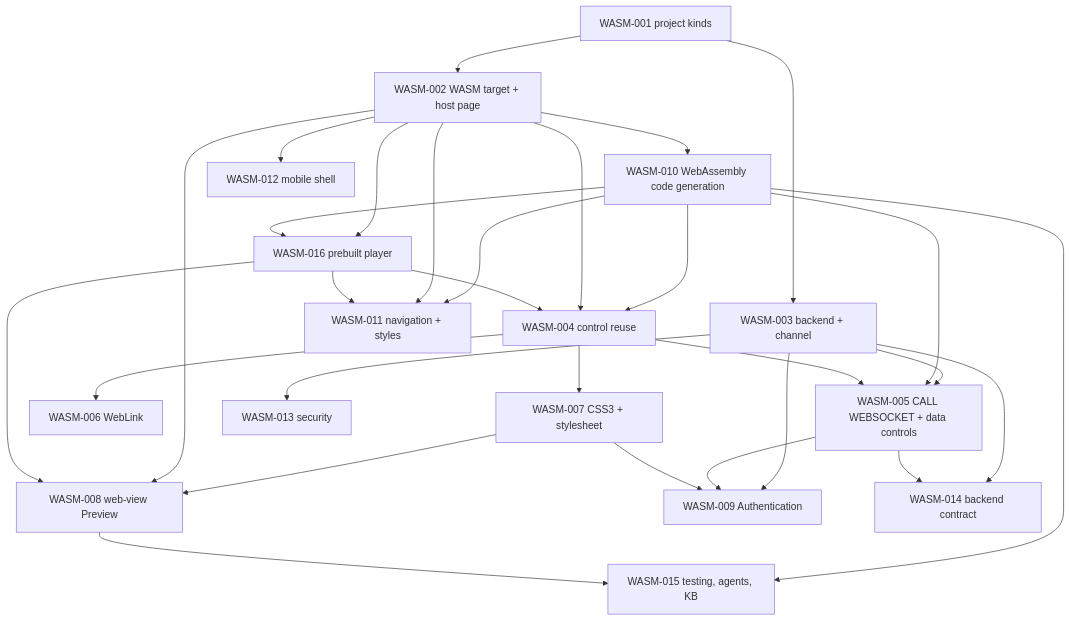
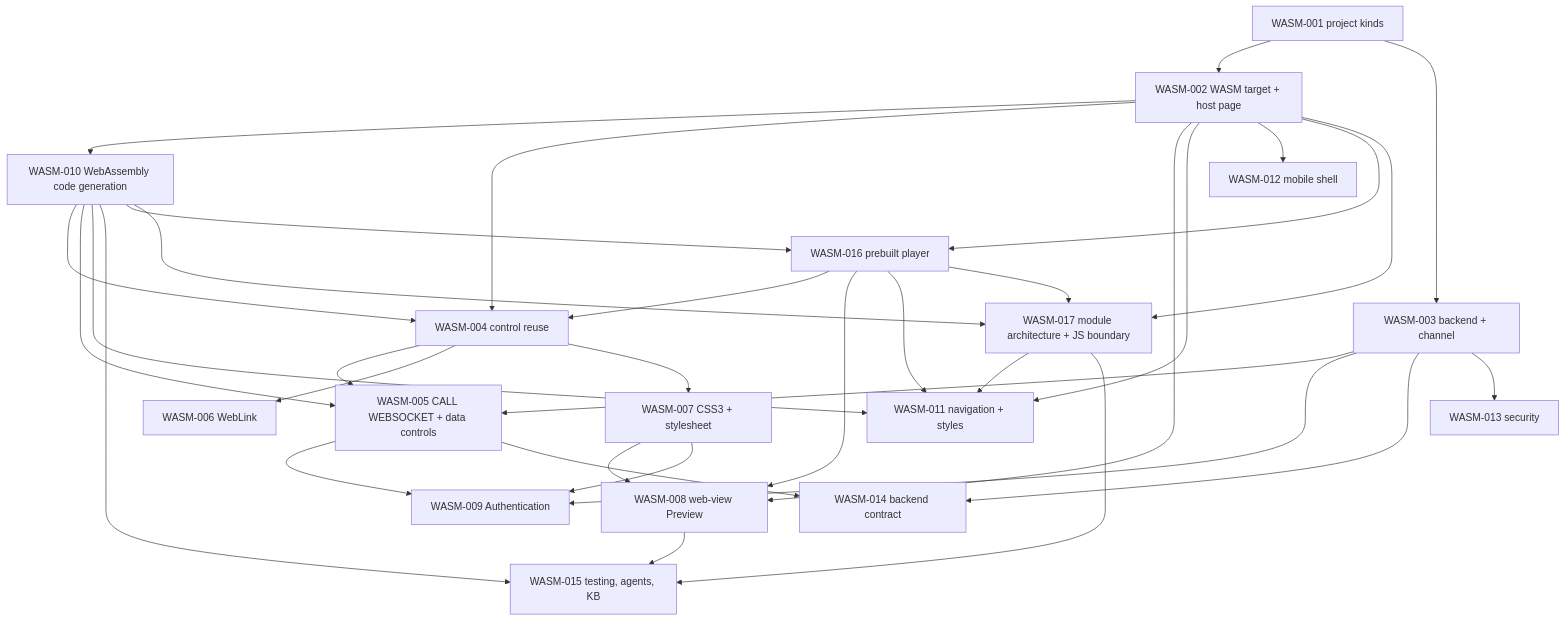
One commit to CloudLandBeta/PowerRustCOBOL changed the second of 2 diagrams in specs/WASM-INDEX.md. Above: the diagram before and after it, drawn with Mermaid. The commit also changed other lines of this file and 9 other files, not shown here.

First line of the commit message:
Specs: WASM-017 module architecture, memory model and JS boundary; earlier specs adjusted to it (2.0.9)

````diff
--- a/specs/WASM-INDEX.md
+++ b/specs/WASM-INDEX.md
@@ -76,31 +77,36 @@
 ```mermaid
 flowchart TD
   W1["WASM-001 project kinds"] --> W2["WASM-002 WASM target + host page"]
   W1 --> W3["WASM-003 backend + channel"]
   W2 --> W10["WASM-010 WebAssembly code generation"]
   W10 --> W4["WASM-004 control reuse"]
   W2 --> W4
   W3 --> W5["WASM-005 CALL WEBSOCKET + data controls"]
   W10 --> W5
   W4 --> W5
   W4 --> W6["WASM-006 WebLink"]
   W4 --> W7["WASM-007 CSS3 + stylesheet"]
   W7 --> W8["WASM-008 web-view Preview"]
   W2 --> W8
   W3 --> W9["WASM-009 Authentication"]
   W5 --> W9
   W7 --> W9
   W10 --> W11["WASM-011 navigation + styles"]
   W2 --> W11
   W2 --> W12["WASM-012 mobile shell"]
   W3 --> W14["WASM-014 backend contract"]
   W5 --> W14
   W3 --> W13["WASM-013 security"]
   W10 --> W15["WASM-015 testing, agents, KB"]
   W8 --> W15
   W2 --> W16["WASM-016 prebuilt player"]
   W10 --> W16
   W16 --> W4
   W16 --> W8
   W16 --> W11
+  W2 --> W17["WASM-017 module architecture + JS boundary"]
+  W10 --> W17
+  W16 --> W17
+  W17 --> W11
+  W17 --> W15
 ```
````
